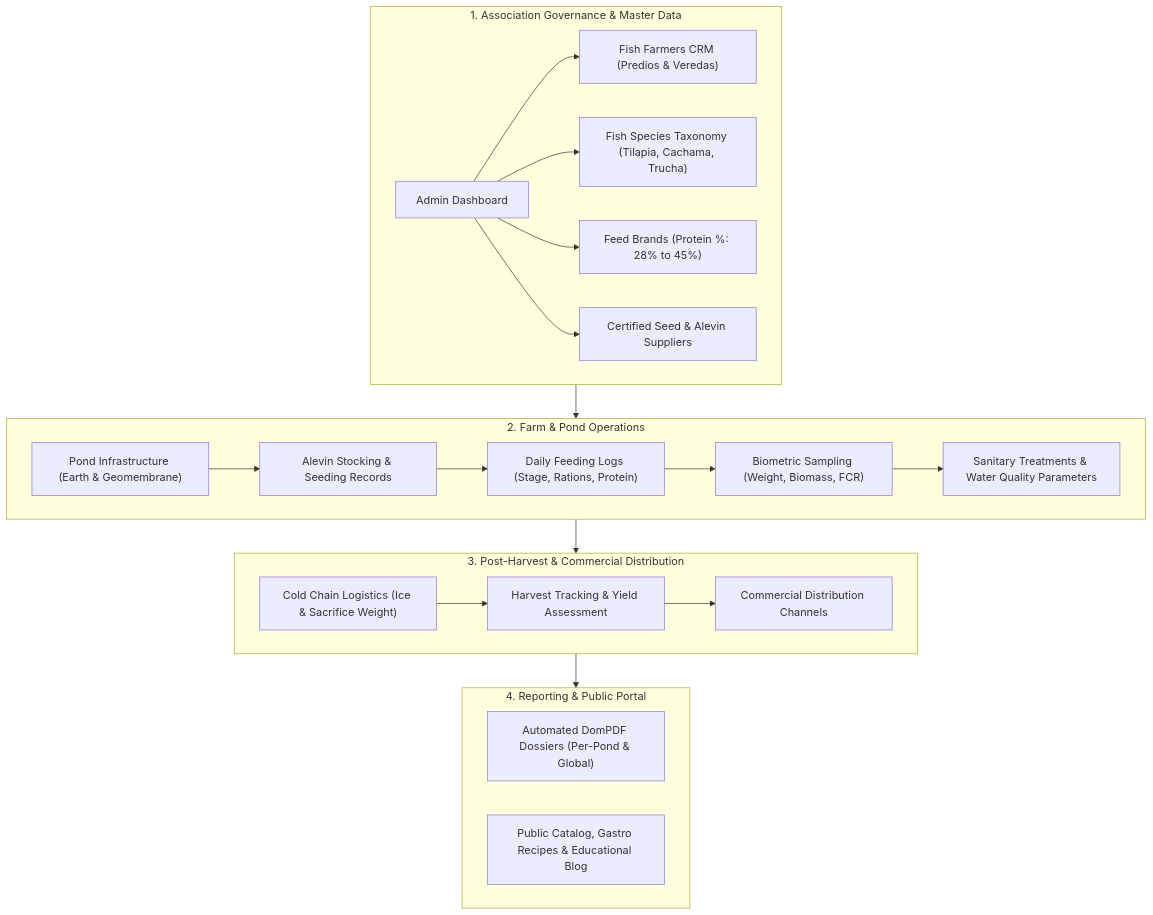
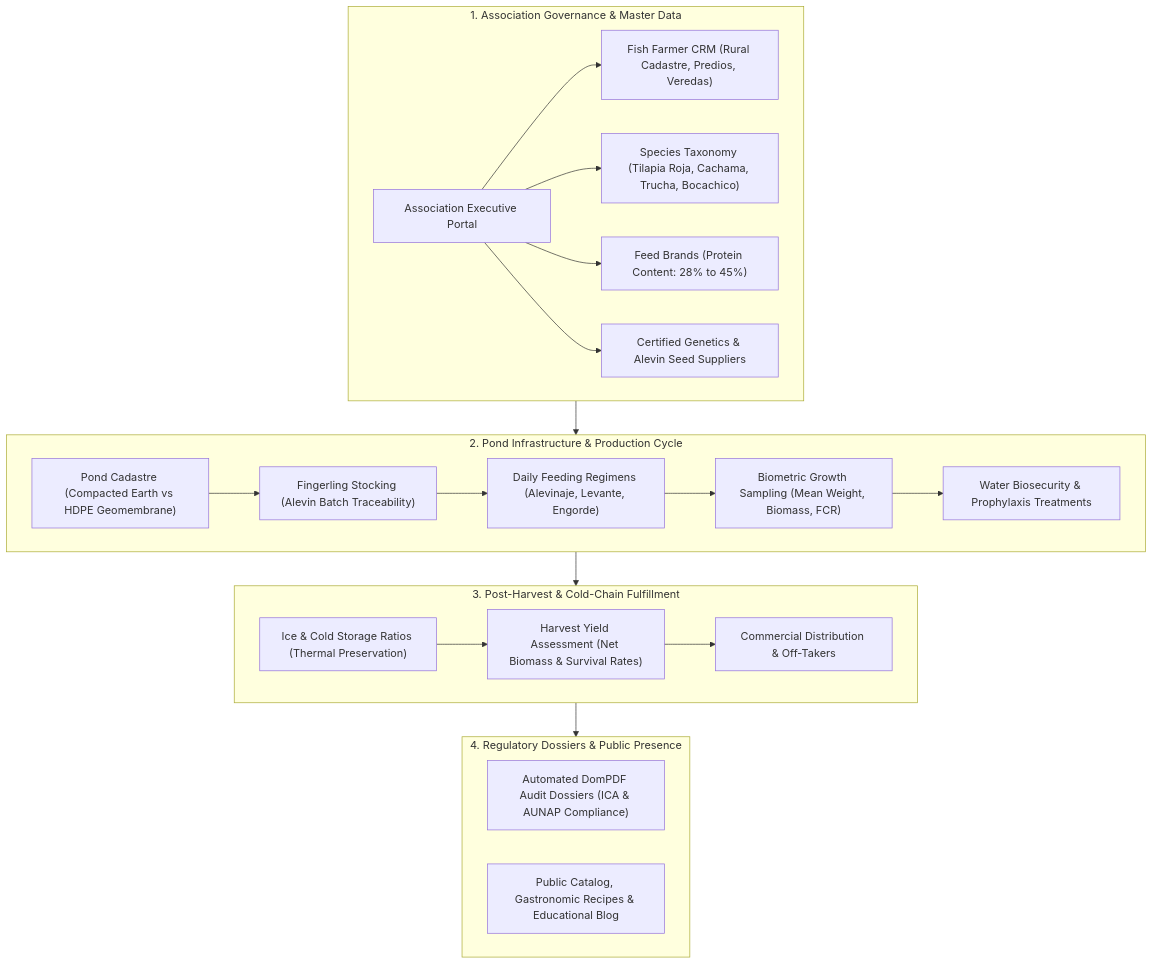
One commit to KevinAndrey96/asopistar changed the diagram in README.md. Above: the diagram before and after it, drawn with Mermaid. The commit also changed other lines of this file, not shown here.

````diff
--- a/README.md
+++ b/README.md
@@ -17,24 +31,24 @@
 ```mermaid
 flowchart TD
     subgraph Governance["1. Association Governance & Master Data"]
-        A["Admin Dashboard"] --> B["Fish Farmers CRM (Predios & Veredas)"]
-        A --> C["Fish Species Taxonomy (Tilapia, Cachama, Trucha)"]
-        A --> D["Feed Brands (Protein %: 28% to 45%)"]
-        A --> E["Certified Seed & Alevin Suppliers"]
+        A["Association Executive Portal"] --> B["Fish Farmer CRM (Rural Cadastre, Predios, Veredas)"]
+        A --> C["Species Taxonomy (Tilapia Roja, Cachama, Trucha, Bocachico)"]
+        A --> D["Feed Brands (Protein Content: 28% to 45%)"]
+        A --> E["Certified Genetics & Alevin Seed Suppliers"]
     end
-    subgraph Operations["2. Farm & Pond Operations"]
-        F["Pond Infrastructure (Earth & Geomembrane)"] --> G["Alevin Stocking & Seeding Records"]
-        G --> H["Daily Feeding Logs (Stage, Rations, Protein)"]
-        H --> I["Biometric Sampling (Weight, Biomass, FCR)"]
-        I --> J["Sanitary Treatments & Water Quality Parameters"]
+    subgraph FarmOps["2. Pond Infrastructure & Production Cycle"]
+        F["Pond Cadastre (Compacted Earth vs HDPE Geomembrane)"] --> G["Fingerling Stocking (Alevin Batch Traceability)"]
+        G --> H["Daily Feeding Regimens (Alevinaje, Levante, Engorde)"]
+        H --> I["Biometric Growth Sampling (Mean Weight, Biomass, FCR)"]
+        I --> J["Water Biosecurity & Prophylaxis Treatments"]
     end
-    subgraph Logistics["3. Post-Harvest & Commercial Distribution"]
-        K["Cold Chain Logistics (Ice & Sacrifice Weight)"] --> L["Harvest Tracking & Yield Assessment"]
-        L --> M["Commercial Distribution Channels"]
+    subgraph Logistics["3. Post-Harvest & Cold-Chain Fulfillment"]
+        K["Ice & Cold Storage Ratios (Thermal Preservation)"] --> L["Harvest Yield Assessment (Net Biomass & Survival Rates)"]
+        L --> M["Commercial Distribution & Off-Takers"]
     end
-    subgraph Intelligence["4. Reporting & Public Portal"]
-        N["Automated DomPDF Dossiers (Per-Pond & Global)"]
-        O["Public Catalog, Gastro Recipes & Educational Blog"]
+    subgraph Intelligence["4. Regulatory Dossiers & Public Presence"]
+        N["Automated DomPDF Audit Dossiers (ICA & AUNAP Compliance)"]
+        O["Public Catalog, Gastronomic Recipes & Educational Blog"]
     end
-    Governance --> Operations --> Logistics --> Intelligence
+    Governance --> FarmOps --> Logistics --> Intelligence
 ```
````
